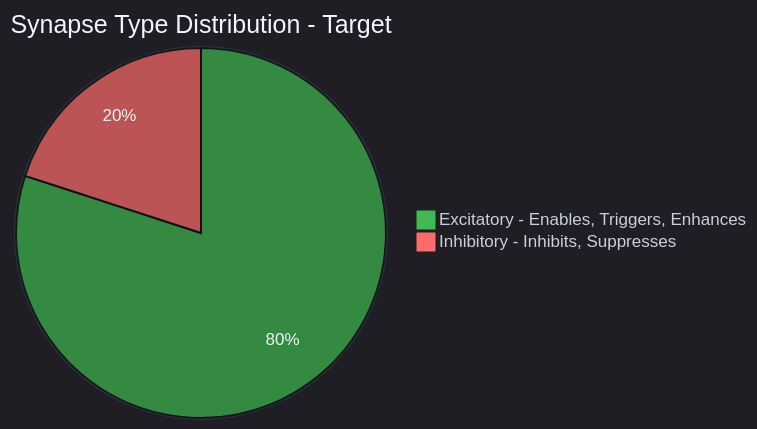
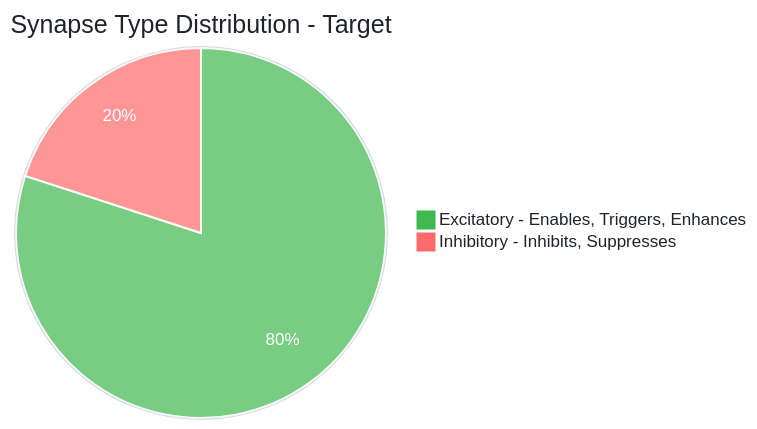
One commit to fabioc-aloha/Alex_Plug_In changed the third of 3 diagrams in alex_docs/architecture/NEUROANATOMICAL-MAPPING.md. Above: the diagram before and after it, drawn with Mermaid. The commit also changed other lines of this file, not shown here.

First line of the commit message:
fix: revert Mermaid to readable light theme, add amygdala to diagrams

````diff
--- a/alex_docs/architecture/NEUROANATOMICAL-MAPPING.md
+++ b/alex_docs/architecture/NEUROANATOMICAL-MAPPING.md
@@ -527,6 +510,6 @@
 ```mermaid
-%%{init: {'theme': 'dark', 'themeVariables': { 'primaryColor': '#161b22', 'primaryTextColor': '#c9d1d9', 'primaryBorderColor': '#30363d', 'lineColor': '#8b949e', 'background': '#0d1117', 'mainBkg': '#161b22', 'titleColor': '#f0f6fc', 'pie1': '#3fb950', 'pie2': '#ff6b6b', 'pieTitleTextColor': '#f0f6fc', 'pieSectionTextColor': '#f0f6fc', 'pieLegendTextColor': '#c9d1d9', 'pieStrokeColor': '#0d1117', 'pieOuterStrokeColor': '#30363d'}}}%%
+%%{init: {'theme': 'base', 'themeVariables': { 'primaryColor': '#f6f8fa', 'primaryTextColor': '#1f2328', 'primaryBorderColor': '#d1d9e0', 'lineColor': '#656d76', 'background': '#ffffff', 'mainBkg': '#f6f8fa', 'titleColor': '#1f2328', 'pie1': '#3fb950', 'pie2': '#ff6b6b', 'pieTitleTextColor': '#1f2328', 'pieSectionTextColor': '#ffffff', 'pieLegendTextColor': '#1f2328', 'pieStrokeColor': '#ffffff', 'pieOuterStrokeColor': '#d1d9e0'}}}%%
 pie title Synapse Type Distribution - Target
     "Excitatory - Enables, Triggers, Enhances" : 80
     "Inhibitory - Inhibits, Suppresses" : 20
 ```
````
